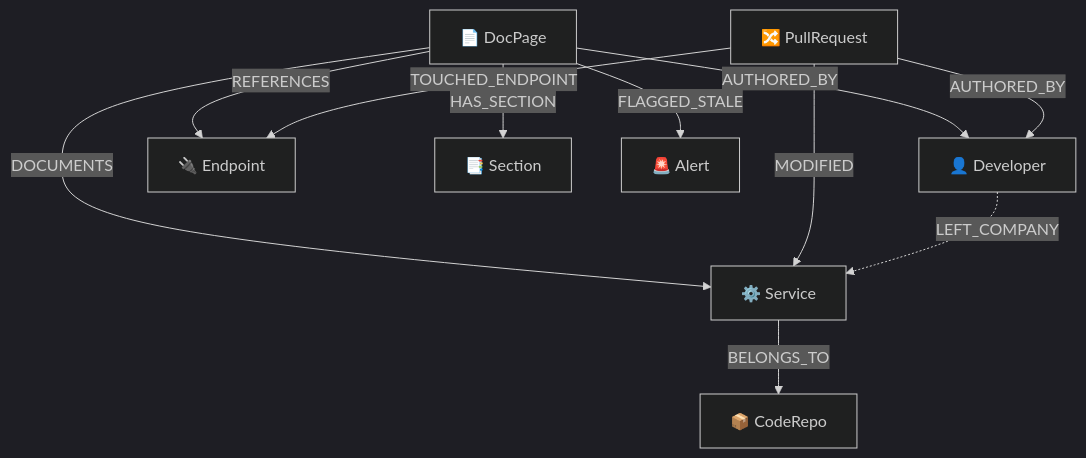
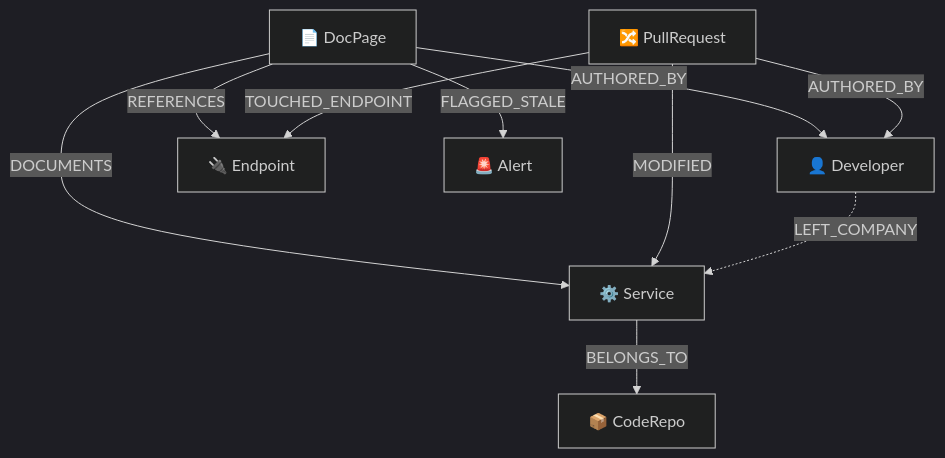
Before and after one commit to Sandeep-singh-99/docudrift: the first of 2 diagrams in README.md, drawn with Mermaid (dark theme). The commit also changed other lines of this file, not shown here.

````diff
--- a/README.md
+++ b/README.md
@@ -58,13 +62,12 @@
 ```mermaid
 graph TD
     DocPage["📄 DocPage"] -->|DOCUMENTS| Service["⚙️ Service"]
     DocPage -->|AUTHORED_BY| Developer["👤 Developer"]
     DocPage -->|REFERENCES| Endpoint["🔌 Endpoint"]
-    DocPage -->|HAS_SECTION| Section["📑 Section"]
     PullRequest["🔀 PullRequest"] -->|MODIFIED| Service
     PullRequest -->|TOUCHED_ENDPOINT| Endpoint
     PullRequest -->|AUTHORED_BY| Developer
     Developer -.->|LEFT_COMPANY| Service
     DocPage -->|FLAGGED_STALE| Alert["🚨 Alert"]
     Service -->|BELONGS_TO| CodeRepo["📦 CodeRepo"]
 ```
````
